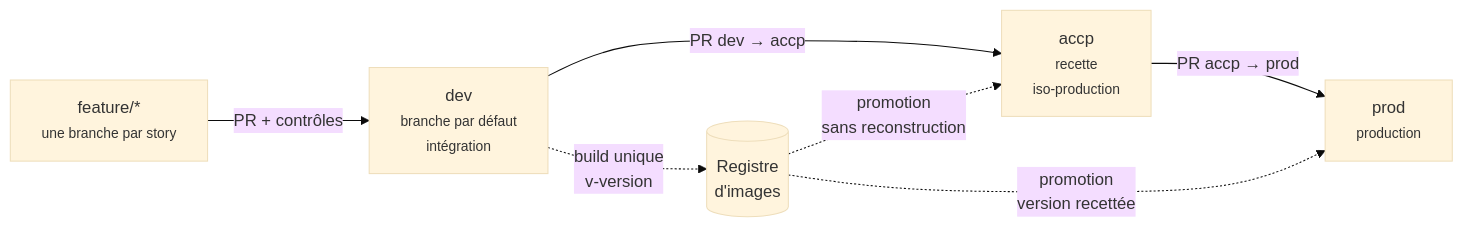
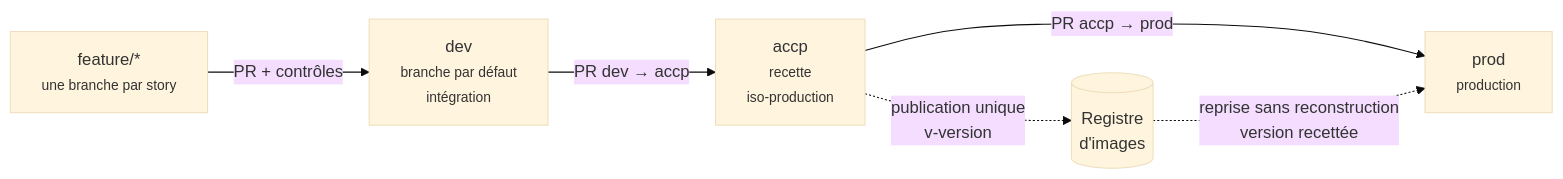
Before and after one commit to ALD3X/CESI_B3_Collab: the diagram in docs/cicd/branches-et-environnements.md, drawn with Mermaid (base theme). The commit also changed other lines of this file and 3 other files, not shown here.

Commit message:
docs: dev sans publication, publication unique des images sur accp

````diff
--- a/docs/cicd/branches-et-environnements.md
+++ b/docs/cicd/branches-et-environnements.md
@@ -12,10 +12,9 @@
 ```mermaid
 flowchart LR
     F["feature/*<br/><small>une branche par story</small>"] -- "PR + contrôles" --> D
     D["dev<br/><small>branche par défaut<br/>intégration</small>"] -- "PR dev → accp" --> A
     A["accp<br/><small>recette<br/>iso-production</small>"] -- "PR accp → prod" --> P
     P["prod<br/><small>production</small>"]
-    D -. "build unique<br/>v-version" .-> I[("Registre<br/>d'images")]
-    I -. "promotion<br/>sans reconstruction" .-> A
-    I -. "promotion<br/>version recettée" .-> P
+    A -. "publication unique<br/>v-version" .-> I[("Registre<br/>d'images")]
+    I -. "reprise sans reconstruction<br/>version recettée" .-> P
 ```
````
